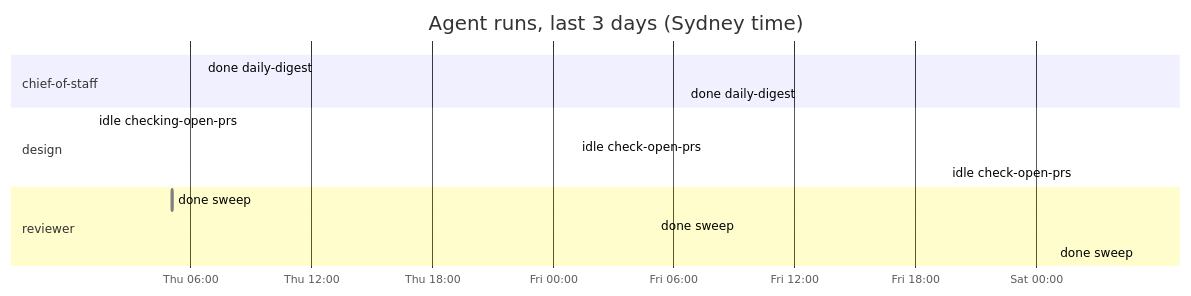
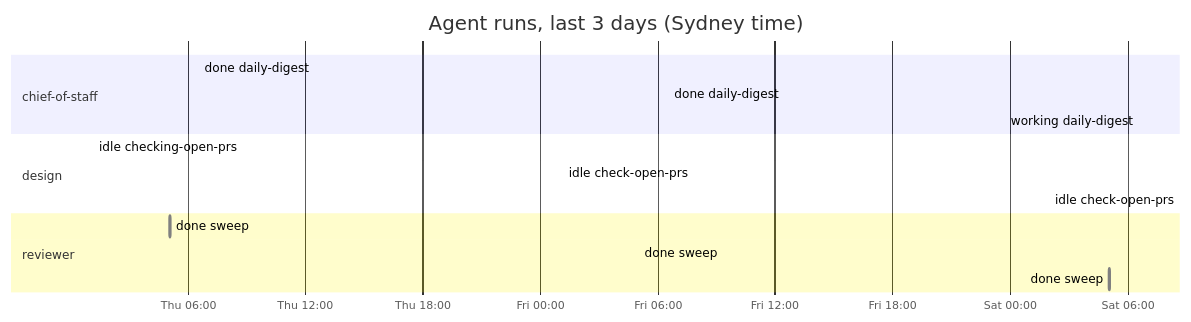
Before and after one commit to roulmediateam-byte/fifteen-expert-hq: the diagram in dashboard.md, drawn with Mermaid. The commit also changed other lines of this file and 1 other file, not shown here.

````diff
--- a/dashboard.md
+++ b/dashboard.md
@@ -39,17 +39,18 @@
 ```mermaid
 gantt
     title Agent runs, last 3 days (Sydney time)
     dateFormat YYYY-MM-DD HH:mm
     axisFormat %a %H:%M
     section chief-of-staff
     done daily-digest :done, 2026-11-12 06:35, 2026-11-12 06:36
     done daily-digest :done, 2026-11-13 06:34, 2026-11-13 06:36
+    working daily-digest :active, 2026-11-14 06:35, 2026-11-14 06:35
     section design
     idle checking-open-prs :done, 2026-11-12 01:11, 2026-11-12 01:12
     idle check-open-prs :done, 2026-11-13 01:11, 2026-11-13 01:11
     idle check-open-prs :done, 2026-11-14 02:01, 2026-11-14 02:02
     section reviewer
     done sweep :done, 2026-11-12 05:05, 2026-11-12 05:06
     done sweep :done, 2026-11-13 05:05, 2026-11-13 05:05
     done sweep :done, 2026-11-14 05:05, 2026-11-14 05:06
 ```
````
